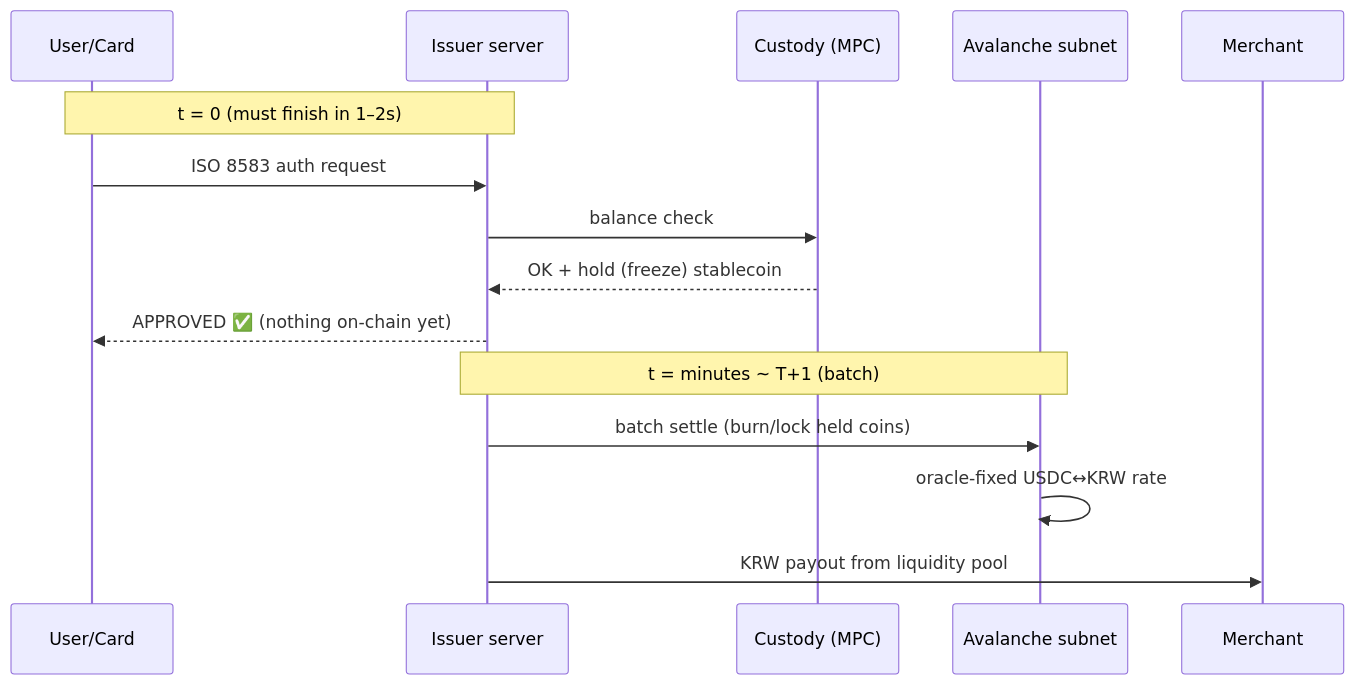
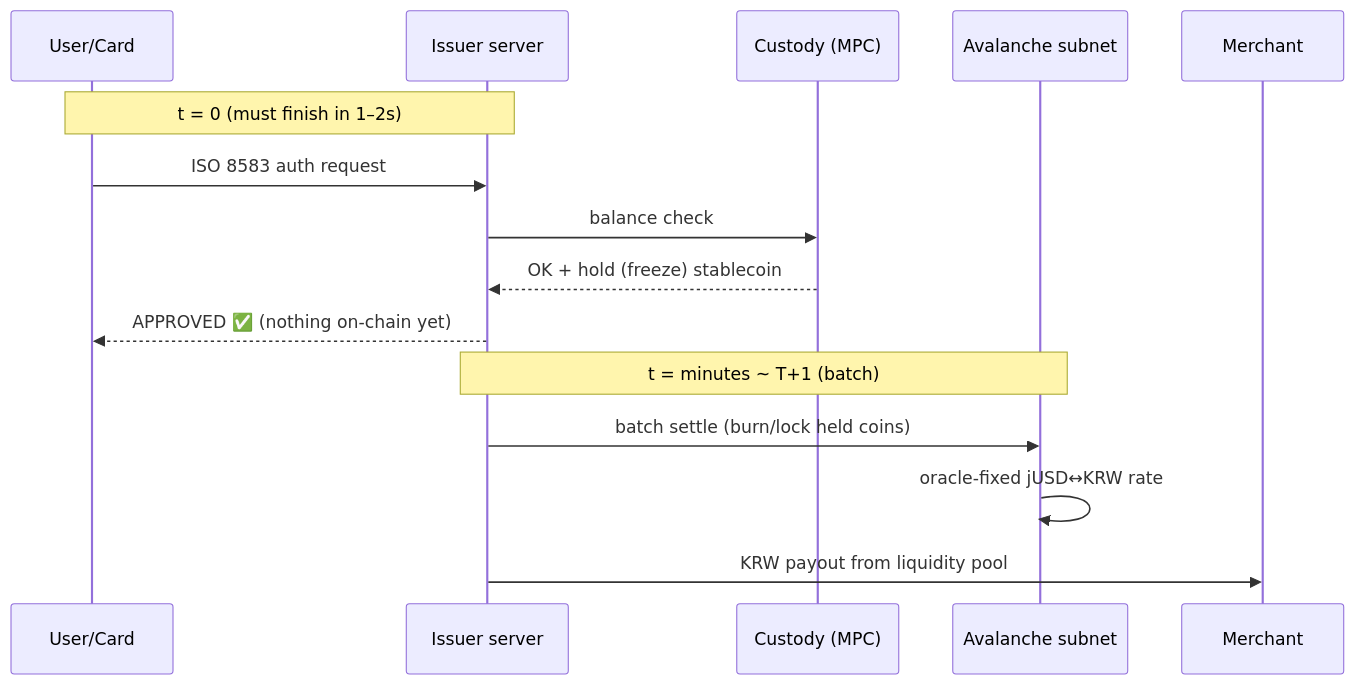
One commit to linked0/alice changed the second of 2 diagrams in docs/features/kb-hybrid-payment-flow.md. Above: the diagram before and after it, drawn with Mermaid. The commit also changed other lines of this file and 62 other files, not shown here.

First line of the commit message:
docs: jUSD replaces USDC in designs; landing page keeps one Verex Docs card; notes #55

````diff
--- a/docs/features/kb-hybrid-payment-flow.md
+++ b/docs/features/kb-hybrid-payment-flow.md
@@ -40,19 +40,19 @@
 ```mermaid
 sequenceDiagram
     participant U as User/Card
     participant KB as Issuer server
     participant C as Custody (MPC)
     participant AVAX as Avalanche subnet
     participant M as Merchant
 
     Note over U,KB: t = 0 (must finish in 1–2s)
     U->>KB: ISO 8583 auth request
     KB->>C: balance check
     C-->>KB: OK + hold (freeze) stablecoin
     KB-->>U: APPROVED ✅ (nothing on-chain yet)
 
     Note over KB,AVAX: t = minutes ~ T+1 (batch)
     KB->>AVAX: batch settle (burn/lock held coins)
-    AVAX->>AVAX: oracle-fixed USDC↔KRW rate
+    AVAX->>AVAX: oracle-fixed jUSD↔KRW rate
     KB->>M: KRW payout from liquidity pool
 ```
````
